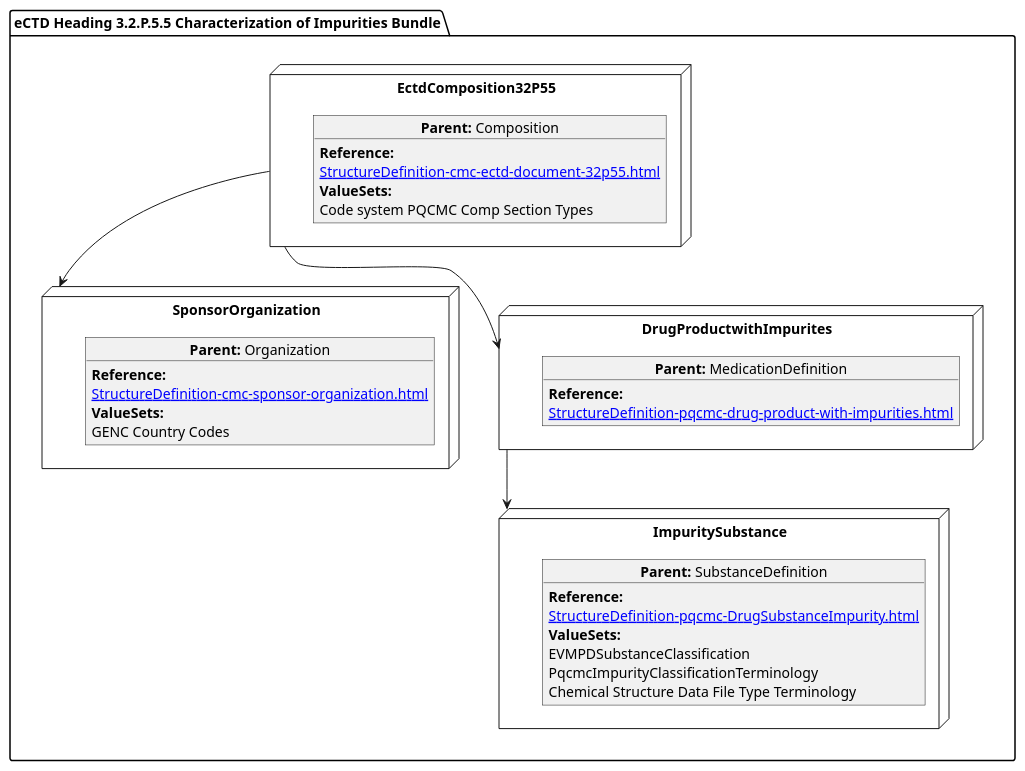
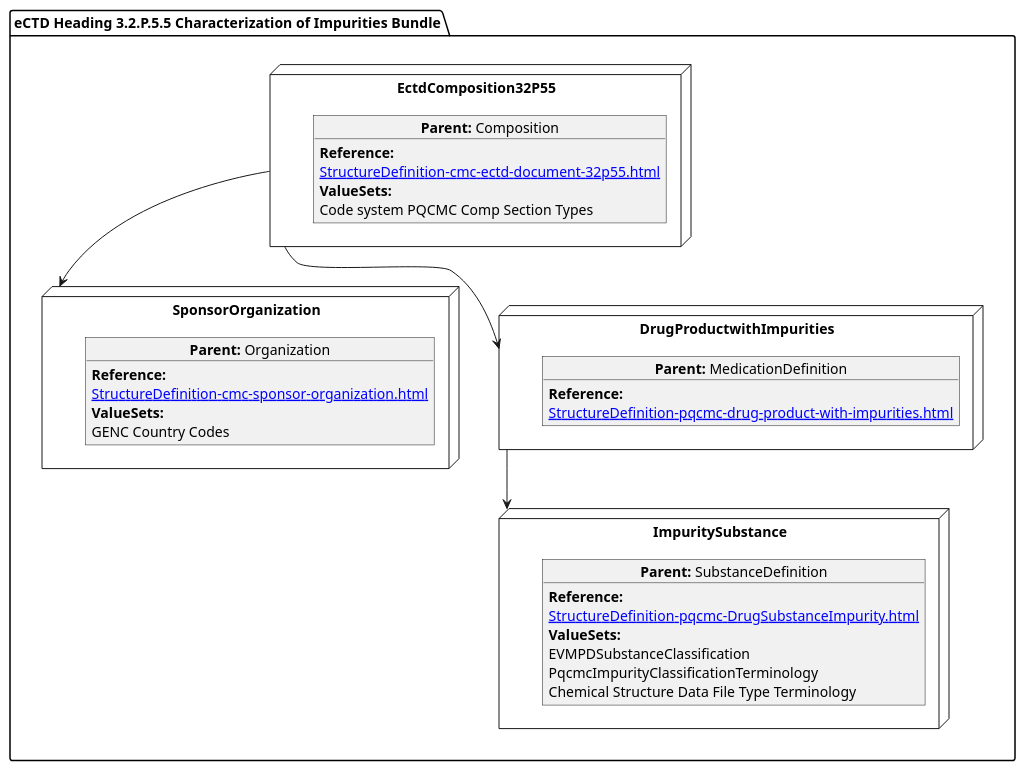
The diagram in input/images-source/CharacImprity.plantuml (HL7/FHIR-us-pq-cmc-fda), drawn with PlantUML before and after one commit. The commit also changed 34 other files, not shown here.

```diff
--- a/input/images-source/CharacImprity.plantuml
+++ b/input/images-source/CharacImprity.plantuml
@@ -1,44 +1,44 @@
 @startuml
 allowmixing
 'Mixed model of use case and object
 package "eCTD Heading 3.2.P.5.5 Characterization of Impurities Bundle" as NODES {
 
 node "EctdComposition32P55" as N1 { 
       object "**Parent:** Composition" as obj1 {
            **Reference:**
       [[StructureDefinition-cmc-ectd-document-32p55.html]]   
       **ValueSets:**
   Code system PQCMC Comp Section Types
     }
 }
  node "SponsorOrganization" as NSO { 
       object "**Parent:** Organization" as objAu {
          **Reference:**
       [[StructureDefinition-cmc-sponsor-organization.html]]
         **ValueSets:**
         GENC Country Codes
     }
 } 
-  node "DrugProductwithImpurites" as NN { 
+  node "DrugProductwithImpurities" as NN { 
       object "**Parent:** MedicationDefinition" as obj3 {  
          **Reference:**
       [[StructureDefinition-pqcmc-drug-product-with-impurities.html]]    
       }
   }
 
 node "ImpuritySubstance" as N6 { 
       object "**Parent:** SubstanceDefinition" as obj2 {
            **Reference:**
       [[StructureDefinition-pqcmc-DrugSubstanceImpurity.html]]   
       **ValueSets:**
       EVMPDSubstanceClassification
       PqcmcImpurityClassificationTerminology
       Chemical Structure Data File Type Terminology
     }    
 }
 
 N1 --> NSO   
 NN --> N6
 N1 --> NN 
 }
 @enduml
```
